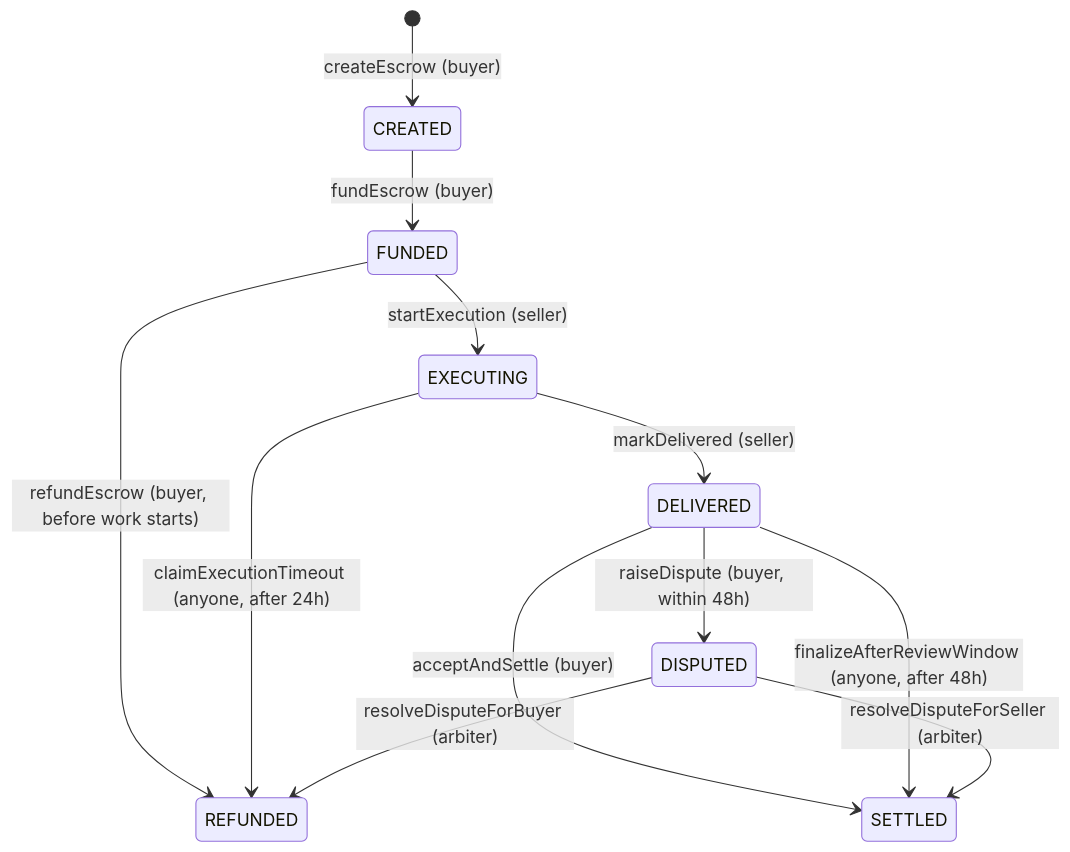
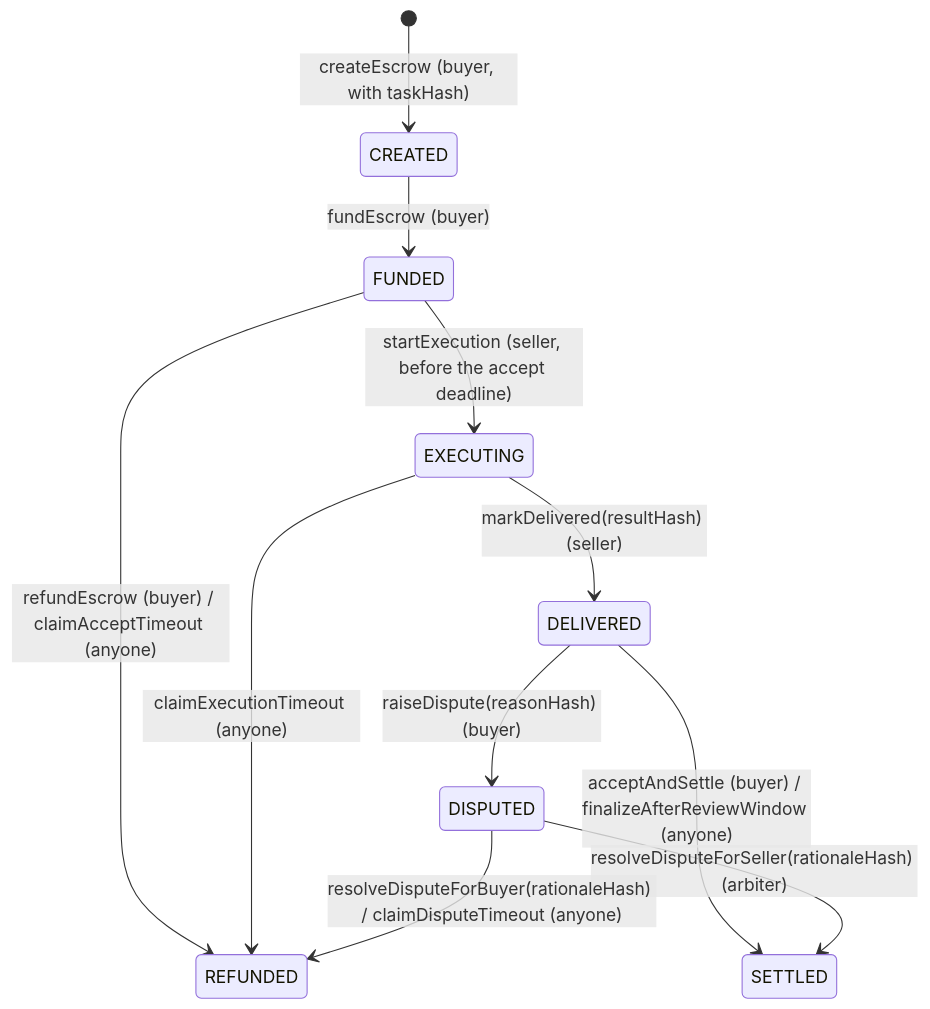
The second of 2 diagrams in README.md (SannyDermawan/agenteco-bnb), drawn with Mermaid before and after one commit. The commit also changed other lines of this file, not shown here.

````diff
--- a/README.md
+++ b/README.md
@@ -73,14 +71,13 @@
 ```mermaid
 stateDiagram-v2
-    [*] --> CREATED: createEscrow (buyer)
+    [*] --> CREATED: createEscrow (buyer, with taskHash)
     CREATED --> FUNDED: fundEscrow (buyer)
-    FUNDED --> REFUNDED: refundEscrow (buyer, before work starts)
-    FUNDED --> EXECUTING: startExecution (seller)
-    EXECUTING --> DELIVERED: markDelivered (seller)
-    EXECUTING --> REFUNDED: claimExecutionTimeout (anyone, after 24h)
-    DELIVERED --> SETTLED: acceptAndSettle (buyer)
-    DELIVERED --> SETTLED: finalizeAfterReviewWindow (anyone, after 48h)
-    DELIVERED --> DISPUTED: raiseDispute (buyer, within 48h)
-    DISPUTED --> SETTLED: resolveDisputeForSeller (arbiter)
-    DISPUTED --> REFUNDED: resolveDisputeForBuyer (arbiter)
+    FUNDED --> REFUNDED: refundEscrow (buyer) / claimAcceptTimeout (anyone)
+    FUNDED --> EXECUTING: startExecution (seller, before the accept deadline)
+    EXECUTING --> DELIVERED: markDelivered(resultHash) (seller)
+    EXECUTING --> REFUNDED: claimExecutionTimeout (anyone)
+    DELIVERED --> SETTLED: acceptAndSettle (buyer) / finalizeAfterReviewWindow (anyone)
+    DELIVERED --> DISPUTED: raiseDispute(reasonHash) (buyer)
+    DISPUTED --> SETTLED: resolveDisputeForSeller(rationaleHash) (arbiter)
+    DISPUTED --> REFUNDED: resolveDisputeForBuyer(rationaleHash) / claimDisputeTimeout (anyone)
 ```
````
